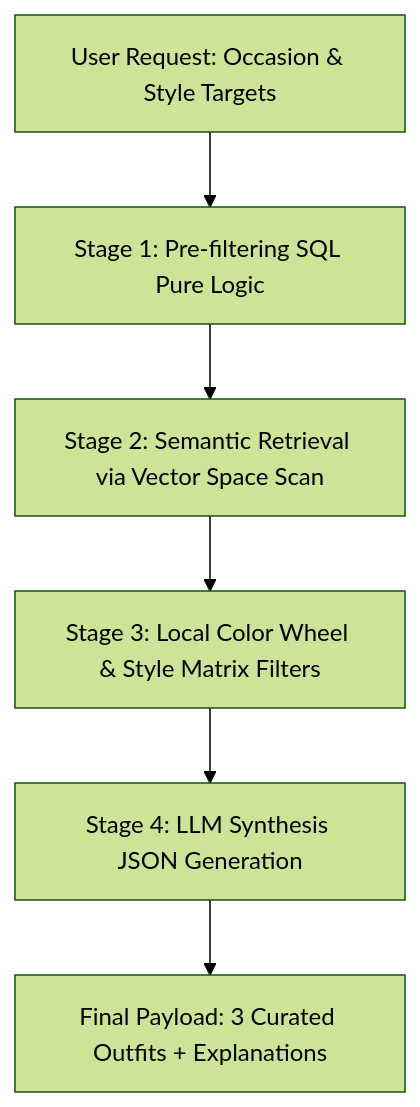
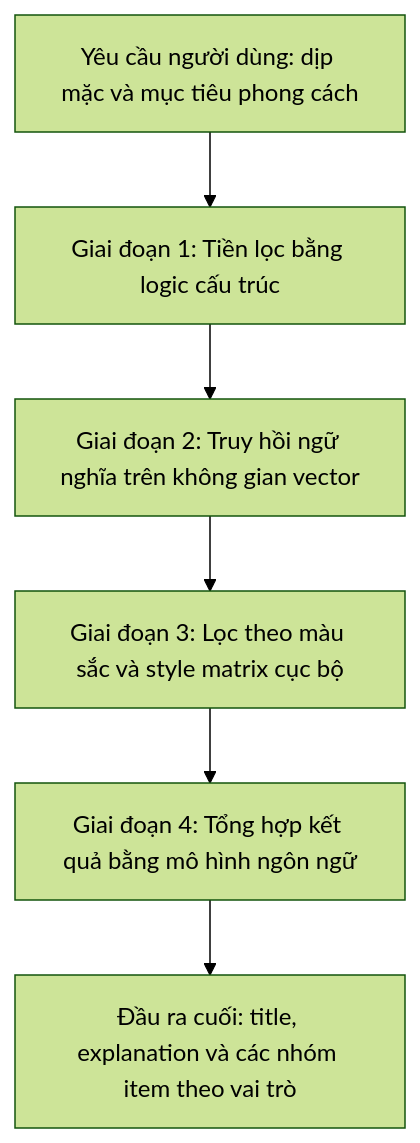
One commit to hycat-team/smart-wardrobe-be changed the first of 2 diagrams in docs/business/CORE_ENGINE_ALGORITHMIC.md. Above: the diagram before and after it, drawn with Mermaid (forest theme). The commit also changed other lines of this file and 5 other files, not shown here.

````diff
--- a/docs/business/CORE_ENGINE_ALGORITHMIC.md
+++ b/docs/business/CORE_ENGINE_ALGORITHMIC.md
@@ -23,9 +37,9 @@
 ```mermaid
 graph TD
-    A[User Request: Occasion & Style Targets] --> B[Stage 1: Pre-filtering SQL Pure Logic]
-    B --> C[Stage 2: Semantic Retrieval via Vector Space Scan]
-    C --> D[Stage 3: Local Color Wheel & Style Matrix Filters]
-    D --> E[Stage 4: LLM Synthesis JSON Generation]
-    E --> F[Final Payload: 3 Curated Outfits + Explanations]
+    A[Yêu cầu người dùng: dịp mặc và mục tiêu phong cách] --> B[Giai đoạn 1: Tiền lọc bằng logic cấu trúc]
+    B --> C[Giai đoạn 2: Truy hồi ngữ nghĩa trên không gian vector]
+    C --> D[Giai đoạn 3: Lọc theo màu sắc và style matrix cục bộ]
+    D --> E[Giai đoạn 4: Tổng hợp kết quả bằng mô hình ngôn ngữ]
+    E --> F[Đầu ra cuối: title, explanation và các nhóm item theo vai trò]
 
 ```
````
